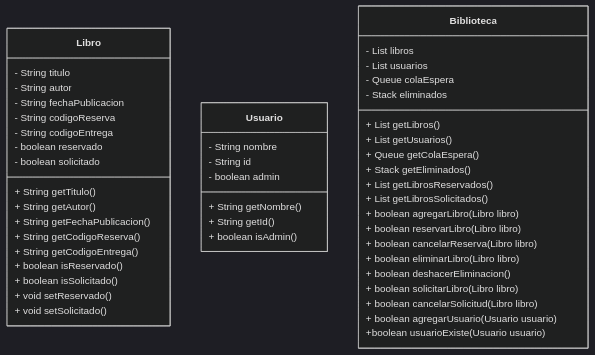
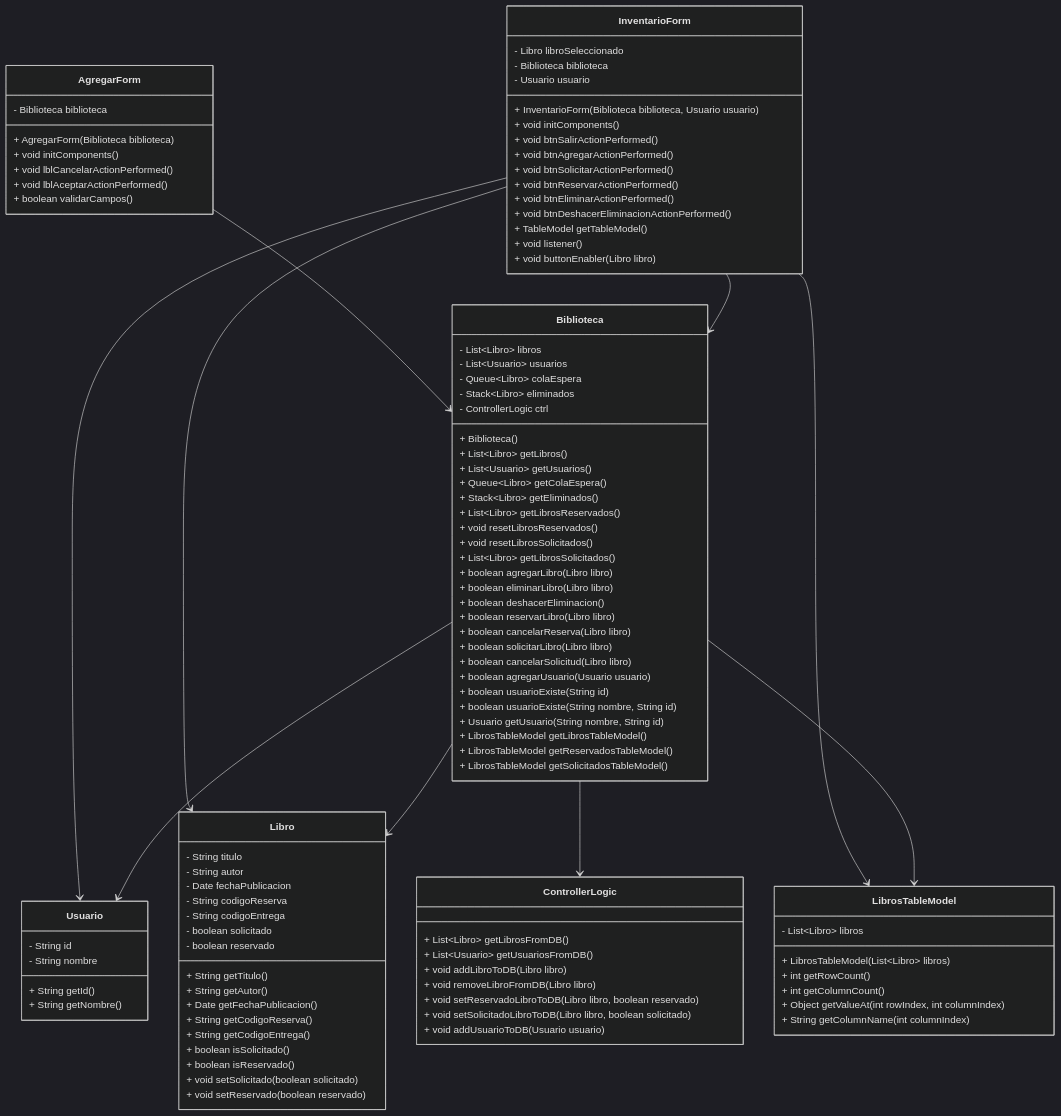
Before and after one commit to Dxnale/Integrador: the diagram in README.md, drawn with Mermaid (dark theme). The commit also changed other lines of this file, not shown here.

Commit message:
actualizacion de README.md

````diff
--- a/README.md
+++ b/README.md
@@ -9,63 +19,120 @@
 ```mermaid
+classDiagram
+    class Biblioteca {
+        - List~Libro~ libros
+        - List~Usuario~ usuarios
+        - Queue~Libro~ colaEspera
+        - Stack~Libro~ eliminados
+        - ControllerLogic ctrl
 
-classDiagram
-    class Libro{
+        + Biblioteca()
+        + List~Libro~ getLibros()
+        + List~Usuario~ getUsuarios()
+        + Queue~Libro~ getColaEspera()
+        + Stack~Libro~ getEliminados()
+        + List~Libro~ getLibrosReservados()
+        + void resetLibrosReservados()
+        + void resetLibrosSolicitados()
+        + List~Libro~ getLibrosSolicitados()
+        + boolean agregarLibro(Libro libro)
+        + boolean eliminarLibro(Libro libro)
+        + boolean deshacerEliminacion()
+        + boolean reservarLibro(Libro libro)
+        + boolean cancelarReserva(Libro libro)
+        + boolean solicitarLibro(Libro libro)
+        + boolean cancelarSolicitud(Libro libro)
+        + boolean agregarUsuario(Usuario usuario)
+        + boolean usuarioExiste(String id)
+        + boolean usuarioExiste(String nombre, String id)
+        + Usuario getUsuario(String nombre, String id)
+        + LibrosTableModel getLibrosTableModel()
+        + LibrosTableModel getReservadosTableModel()
+        + LibrosTableModel getSolicitadosTableModel()
+    }
+
+    class Libro {
         - String titulo
         - String autor
-        - String fechaPublicacion
+        - Date fechaPublicacion
         - String codigoReserva
         - String codigoEntrega
+        - boolean solicitado
         - boolean reservado
-        - boolean solicitado
 
         + String getTitulo()
         + String getAutor()
-        + String getFechaPublicacion()
+        + Date getFechaPublicacion()
         + String getCodigoReserva()
         + String getCodigoEntrega()
+        + boolean isSolicitado()
         + boolean isReservado()
-        + boolean isSolicitado()
-
-        + void setReservado()
-        + void setSolicitado()
+        + void setSolicitado(boolean solicitado)
+        + void setReservado(boolean reservado)
     }
 
-    class Usuario{
+    class Usuario {
+        - String id
         - String nombre
-        - String id
-        - boolean admin
 
+        + String getId()
         + String getNombre()
-        + String getId()
-        + boolean isAdmin()
     }
-    
-      class Biblioteca {
-        - List<Libro> libros
-        - List<Usuario> usuarios
-        - Queue<Libro> colaEspera
-        - Stack<Libro> eliminados
-        
-        + List<Libro> getLibros()
-        + List<Usuario> getUsuarios()
-        + Queue<Libro> getColaEspera()
-        + Stack<Libro> getEliminados()
-        + List<Libro> getLibrosReservados()
-        + List<Libro> getLibrosSolicitados()
 
-        + boolean agregarLibro(Libro libro)
+    class LibrosTableModel {
+        - List~Libro~ libros
 
-        + boolean reservarLibro(Libro libro)
-        + boolean cancelarReserva(Libro libro)
+        + LibrosTableModel(List~Libro~ libros)
+        + int getRowCount()
+        + int getColumnCount()
+        + Object getValueAt(int rowIndex, int columnIndex)
+        + String getColumnName(int columnIndex)
+    }
 
-        + boolean eliminarLibro(Libro libro)
-        + boolean deshacerEliminacion()
+    class ControllerLogic {
+        + List~Libro~ getLibrosFromDB()
+        + List~Usuario~ getUsuariosFromDB()
+        + void addLibroToDB(Libro libro)
+        + void removeLibroFromDB(Libro libro)
+        + void setReservadoLibroToDB(Libro libro, boolean reservado)
+        + void setSolicitadoLibroToDB(Libro libro, boolean solicitado)
+        + void addUsuarioToDB(Usuario usuario)
+    }
 
-        + boolean solicitarLibro(Libro libro)
-        + boolean cancelarSolicitud(Libro libro)
+    class InventarioForm {
+        - Libro libroSeleccionado
+        - Biblioteca biblioteca
+        - Usuario usuario
 
-        + boolean agregarUsuario(Usuario usuario)
-        +boolean usuarioExiste(Usuario usuario)
+        + InventarioForm(Biblioteca biblioteca, Usuario usuario)
+        + void initComponents()
+        + void btnSalirActionPerformed()
+        + void btnAgregarActionPerformed()
+        + void btnSolicitarActionPerformed()
+        + void btnReservarActionPerformed()
+        + void btnEliminarActionPerformed()
+        + void btnDeshacerEliminacionActionPerformed()
+        + TableModel getTableModel()
+        + void listener()
+        + void buttonEnabler(Libro libro)
+    }
 
+    class AgregarForm {
+        - Biblioteca biblioteca
+
+        + AgregarForm(Biblioteca biblioteca)
+        + void initComponents()
+        + void lblCancelarActionPerformed()
+        + void lblAceptarActionPerformed()
+        + boolean validarCampos()
     }
+
+    Biblioteca --> Libro
+    Biblioteca --> Usuario
+    Biblioteca --> LibrosTableModel
+    Biblioteca --> ControllerLogic
+    InventarioForm --> Biblioteca
+    InventarioForm --> Usuario
+    InventarioForm --> Libro
+    InventarioForm --> LibrosTableModel
+    AgregarForm --> Biblioteca
 ```
````
